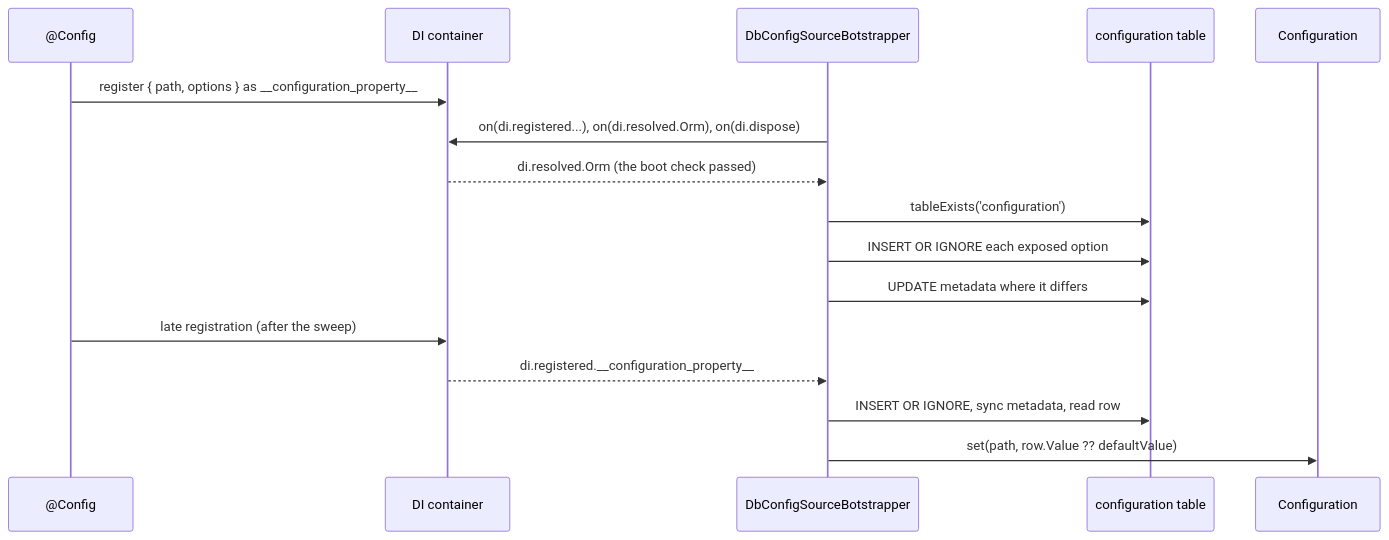
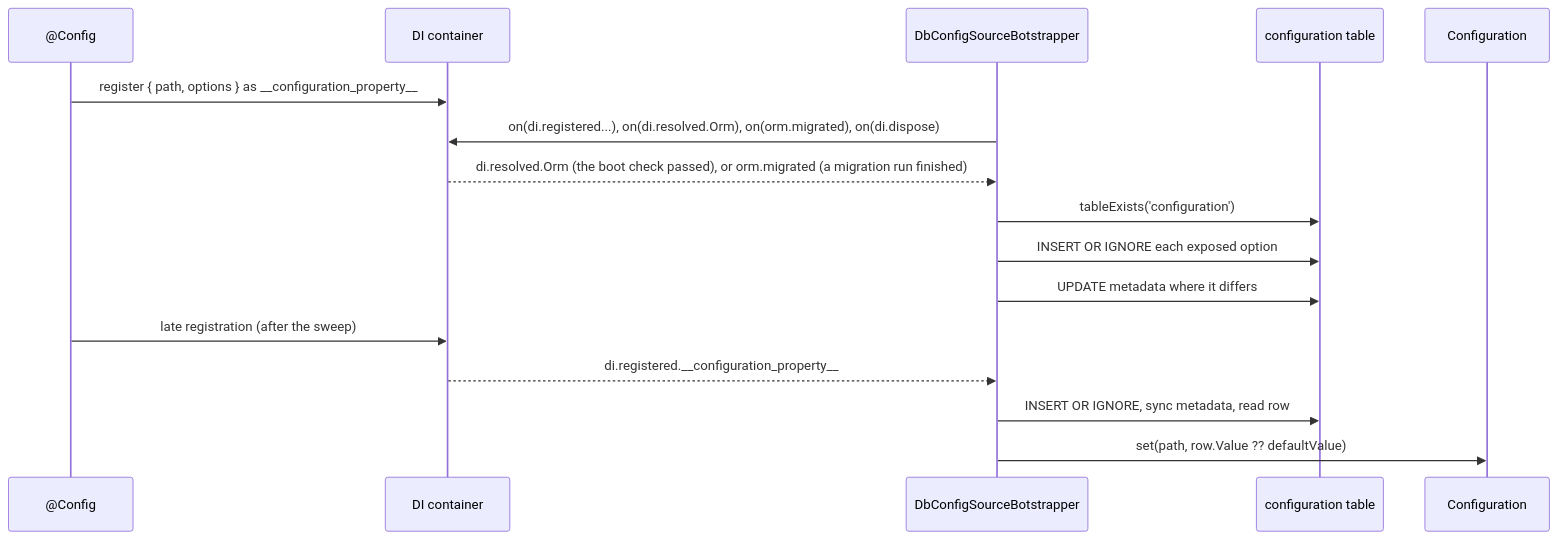
The diagram in docs/configuration-db-source/02-exposing-options.md (spinajs/main), drawn with Mermaid before and after one commit. The commit also changed other lines of this file and 8 other files, not shown here.

First line of the commit message:
fix(configuration-db-source, orm): exposed options are swept after a migration run (#923)

````diff
--- a/docs/configuration-db-source/02-exposing-options.md
+++ b/docs/configuration-db-source/02-exposing-options.md
@@ -29,18 +29,18 @@
 ```mermaid
 sequenceDiagram
   participant D as @Config
   participant DI as DI container
   participant B as DbConfigSourceBotstrapper
   participant DB as configuration table
   participant C as Configuration
   D->>DI: register { path, options } as __configuration_property__
-  B->>DI: on(di.registered...), on(di.resolved.Orm), on(di.dispose)
-  DI-->>B: di.resolved.Orm (the boot check passed)
+  B->>DI: on(di.registered...), on(di.resolved.Orm), on(orm.migrated), on(di.dispose)
+  DI-->>B: di.resolved.Orm (the boot check passed), or orm.migrated (a migration run finished)
   B->>DB: tableExists('configuration')
   B->>DB: INSERT OR IGNORE each exposed option
   B->>DB: UPDATE metadata where it differs
   D->>DI: late registration (after the sweep)
   DI-->>B: di.registered.__configuration_property__
   B->>DB: INSERT OR IGNORE, sync metadata, read row
   B->>C: set(path, row.Value ?? defaultValue)
 ```
````
